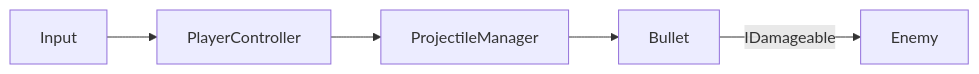
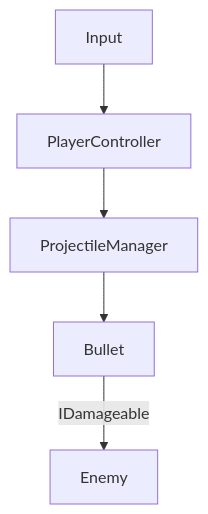
Before and after one commit to PurdueSIGGD/SIGGD-Docs: the diagram in docs/contributing/templates/codebase-template.md, drawn with Mermaid. The commit also changed other lines of this file and 25 other files, not shown here.

````diff
--- a/docs/contributing/templates/codebase-template.md
+++ b/docs/contributing/templates/codebase-template.md
@@ -55,7 +55,7 @@
 ```mermaid
-flowchart LR
+flowchart TB
     Input --> PlayerController
     PlayerController --> ProjectileManager
     ProjectileManager --> Bullet
     Bullet -- "IDamageable" --> Enemy
 ```
````
